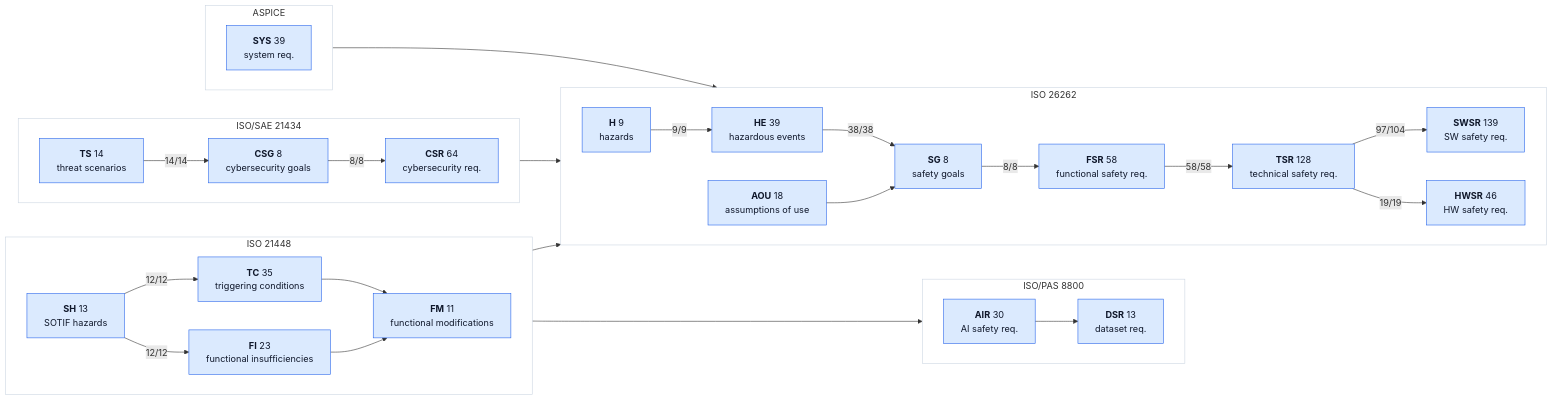
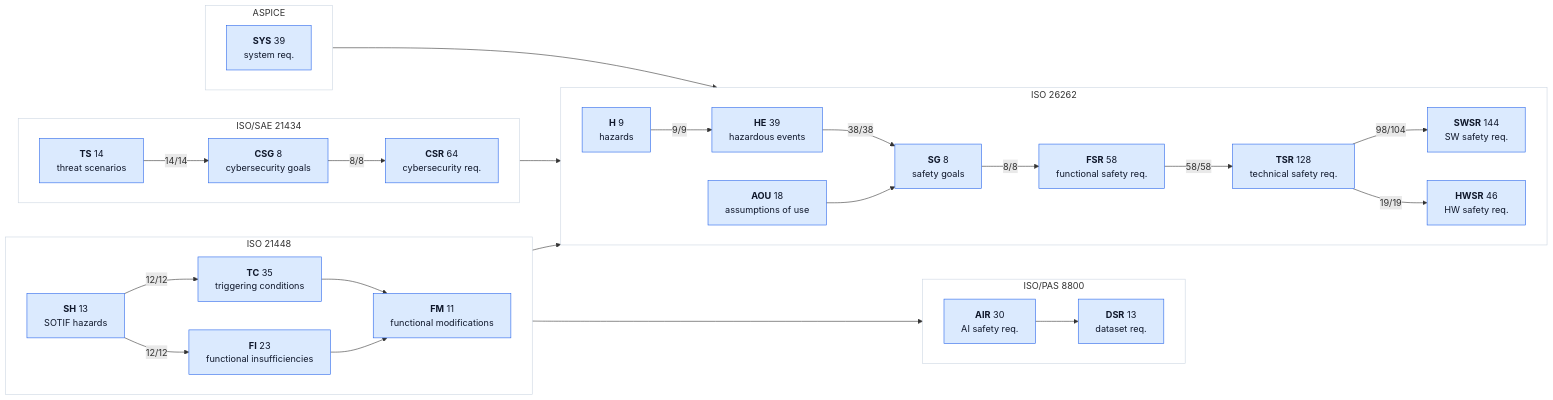
Before and after one commit to jherrodthomas/LionDriver: the second of 2 diagrams in assurance/trace/maps/aspice-trace-map.md, drawn with Mermaid. The commit also changed other lines of this file and 170 other files, not shown here.

````diff
--- a/assurance/trace/maps/aspice-trace-map.md
+++ b/assurance/trace/maps/aspice-trace-map.md
@@ -188,61 +188,61 @@
 ```mermaid
 flowchart LR
   subgraph ISO26262["ISO 26262"]
     direction LR
     kH["<b>H</b> 9<br/>hazards"]:::traced
     kHE["<b>HE</b> 39<br/>hazardous events"]:::traced
     kSG["<b>SG</b> 8<br/>safety goals"]:::traced
     kFSR["<b>FSR</b> 58<br/>functional safety req."]:::traced
     kTSR["<b>TSR</b> 128<br/>technical safety req."]:::traced
-    kSWSR["<b>SWSR</b> 139<br/>SW safety req."]:::traced
+    kSWSR["<b>SWSR</b> 144<br/>SW safety req."]:::traced
     kHWSR["<b>HWSR</b> 46<br/>HW safety req."]:::traced
     kAOU["<b>AOU</b> 18<br/>assumptions of use"]:::traced
   end
   style ISO26262 fill:#FFFFFF,stroke:#CBD5E1
   subgraph ISO21448["ISO 21448"]
     direction LR
     kSH["<b>SH</b> 13<br/>SOTIF hazards"]:::traced
     kTC["<b>TC</b> 35<br/>triggering conditions"]:::traced
     kFI["<b>FI</b> 23<br/>functional insufficiencies"]:::traced
     kFM["<b>FM</b> 11<br/>functional modifications"]:::traced
   end
   style ISO21448 fill:#FFFFFF,stroke:#CBD5E1
   subgraph ISOPAS8800["ISO/PAS 8800"]
     direction LR
     kAIR["<b>AIR</b> 30<br/>AI safety req."]:::traced
     kDSR["<b>DSR</b> 13<br/>dataset req."]:::traced
   end
   style ISOPAS8800 fill:#FFFFFF,stroke:#CBD5E1
   subgraph ISOSAE21434["ISO/SAE 21434"]
     direction LR
     kTS["<b>TS</b> 14<br/>threat scenarios"]:::traced
     kCSG["<b>CSG</b> 8<br/>cybersecurity goals"]:::traced
     kCSR["<b>CSR</b> 64<br/>cybersecurity req."]:::traced
   end
   style ISOSAE21434 fill:#FFFFFF,stroke:#CBD5E1
   subgraph ASPICE["ASPICE"]
     direction LR
     kSYS["<b>SYS</b> 39<br/>system req."]:::traced
   end
   style ASPICE fill:#FFFFFF,stroke:#CBD5E1
   kH -->|"9/9"| kHE
   kHE -->|"38/38"| kSG
   kSG -->|"8/8"| kFSR
   kFSR -->|"58/58"| kTSR
-  kTSR -->|"97/104"| kSWSR
+  kTSR -->|"98/104"| kSWSR
   kTSR -->|"19/19"| kHWSR
   kAOU --> kSG
   kSH -->|"12/12"| kTC
   kSH -->|"12/12"| kFI
   kTC --> kFM
   kFI --> kFM
   kSH --> kH
   kFI --> kAIR
   kAIR --> kDSR
   kTS -->|"14/14"| kCSG
   kCSG -->|"8/8"| kCSR
   kCSG --> kSG
   kSYS --> kTSR
   classDef traced fill:#DBEAFE,stroke:#2563EB,color:#0F172A
   classDef doc fill:#F1F5F9,stroke:#94A3B8,stroke-dasharray:4 3,color:#475569
 ```
````
